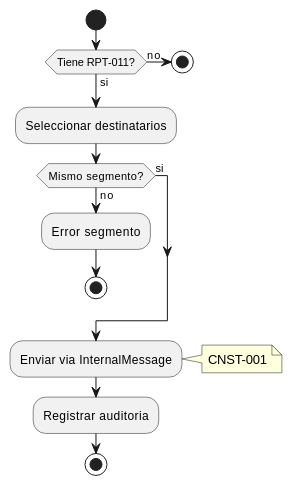
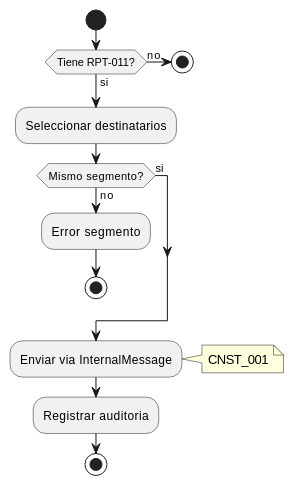
The third of 3 diagrams in source/requisitos/casos_uso/reports/UC_RPT_11_Compartir_Reporte.rst (jcg-admin/IACT-docs), drawn with PlantUML before and after one commit. The commit also changed other lines of this file and 67 other files, not shown here.

```diff
--- a/source/requisitos/casos_uso/reports/UC_RPT_11_Compartir_Reporte.rst
+++ b/source/requisitos/casos_uso/reports/UC_RPT_11_Compartir_Reporte.rst
@@ -207,20 +207,20 @@
 .. uml::
    :caption: Diagrama de Actividad - UC_RPT_11
 
    @startuml
    start
    if (Tiene RPT-011?) then (no)
      stop
    else (si)
    endif
    :Seleccionar destinatarios;
    if (Mismo segmento?) then (no)
      :Error segmento;
      stop
    else (si)
    endif
    :Enviar via InternalMessage;
-   note right: CNST-001
+   note right: CNST_001
    :Registrar auditoria;
    stop
    @enduml
```
